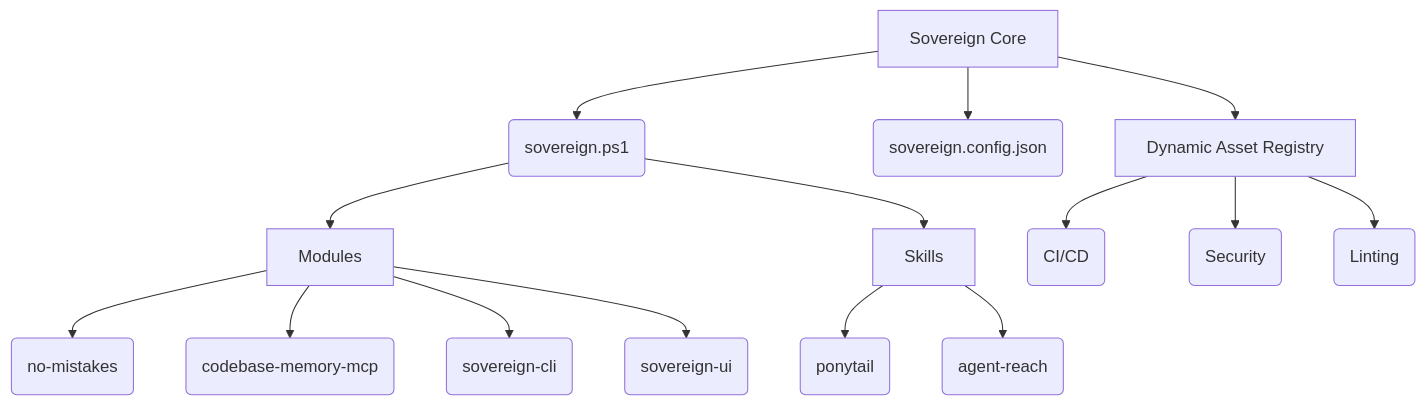
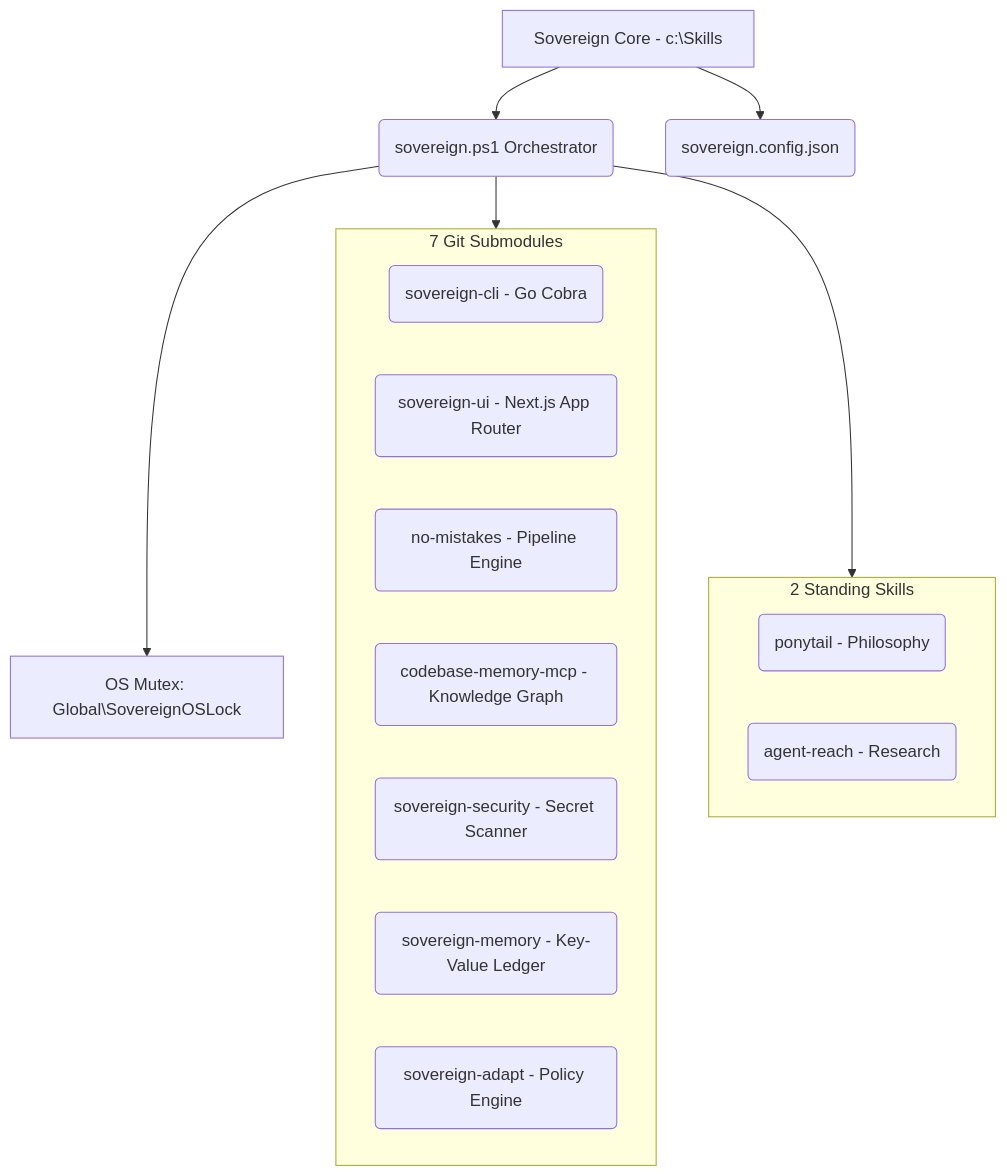
Before and after one commit to tejaswin-amara/Sovereign-OS: the diagram in README.md, drawn with Mermaid. The commit also changed other lines of this file and 13 other files, not shown here.

````diff
--- a/README.md
+++ b/README.md
@@ -11,20 +29,25 @@
 ```mermaid
 graph TD
-    A[Sovereign Core] --> B(sovereign.ps1)
+    A[Sovereign Core - c:\Skills] --> B(sovereign.ps1 Orchestrator)
     A --> C(sovereign.config.json)
     
-    B --> D[Modules]
-    D --> E(no-mistakes)
-    D --> F(codebase-memory-mcp)
-    D --> G(sovereign-cli)
-    D --> H(sovereign-ui)
+    B --> MTx[OS Mutex: Global\SovereignOSLock]
     
-    B --> I[Skills]
-    I --> J(ponytail)
-    I --> K(agent-reach)
+    subgraph Submodules [7 Git Submodules]
+        D1(sovereign-cli - Go Cobra)
+        D2(sovereign-ui - Next.js App Router)
+        D3(no-mistakes - Pipeline Engine)
+        D4(codebase-memory-mcp - Knowledge Graph)
+        D5(sovereign-security - Secret Scanner)
+        D6(sovereign-memory - Key-Value Ledger)
+        D7(sovereign-adapt - Policy Engine)
+    end
     
-    A --> L[Dynamic Asset Registry]
-    L --> M(CI/CD)
-    L --> N(Security)
-    L --> O(Linting)
+    subgraph Skills [2 Standing Skills]
+        S1(ponytail - Philosophy)
+        S2(agent-reach - Research)
+    end
+
+    B --> Submodules
+    B --> Skills
 ```
````
